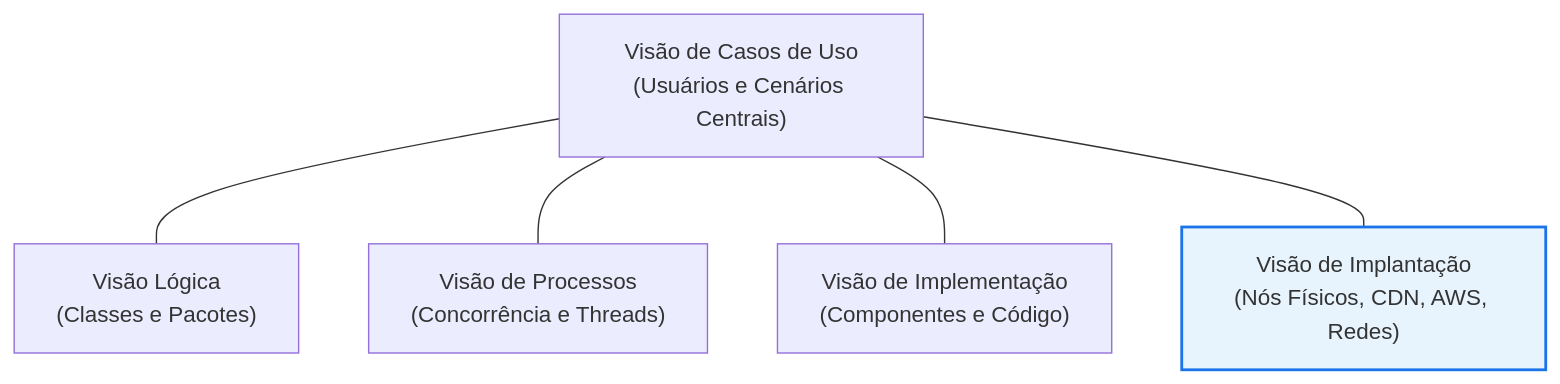
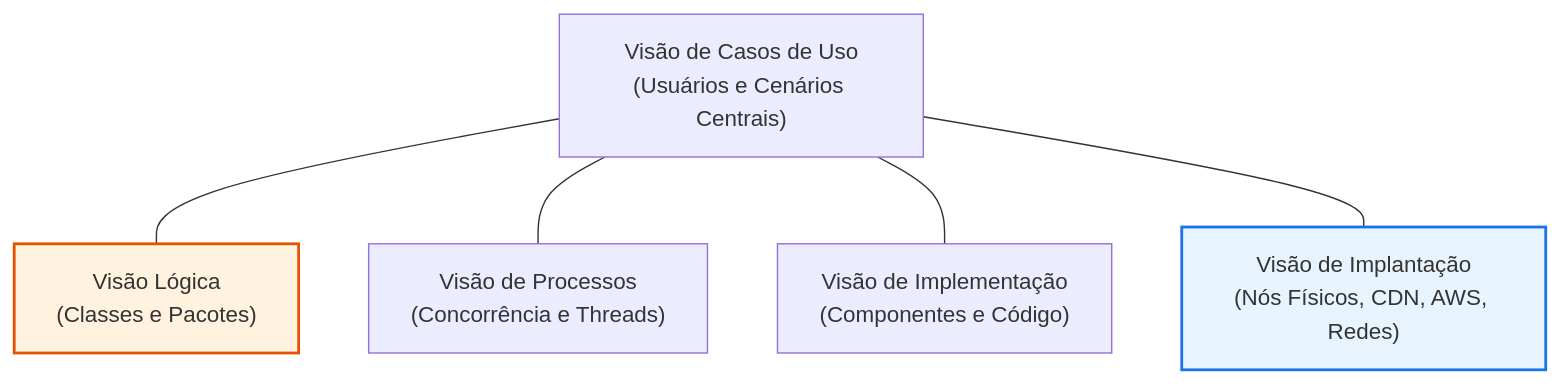
The first of 6 diagrams in docs/Base/Relatórios/1.1.1.DAS.md (UnBArqDsw2026-2-Turma01/2026.2-T01-_G1_ProjetoComercioEletronico_Entrega_04), drawn with Mermaid before and after one commit. The commit also changed other lines of this file, not shown here.

````diff
--- a/docs/Base/Relatórios/1.1.1.DAS.md
+++ b/docs/Base/Relatórios/1.1.1.DAS.md
@@ -122,15 +138,16 @@
 ```mermaid
 flowchart TD
   UC["Visão de Casos de Uso<br>(Usuários e Cenários Centrais)"]
   L["Visão Lógica<br>(Classes e Pacotes)"]
   P["Visão de Processos<br>(Concorrência e Threads)"]
   I["Visão de Implementação<br>(Componentes e Código)"]
   D["Visão de Implantação<br>(Nós Físicos, CDN, AWS, Redes)"]
 
   UC --- L
   UC --- P
   UC --- I
   UC --- D
 
+  style L fill:#fff3e0,stroke:#e65100,stroke-width:2px
   style D fill:#e8f4fd,stroke:#1a73e8,stroke-width:2px
 ```
````
